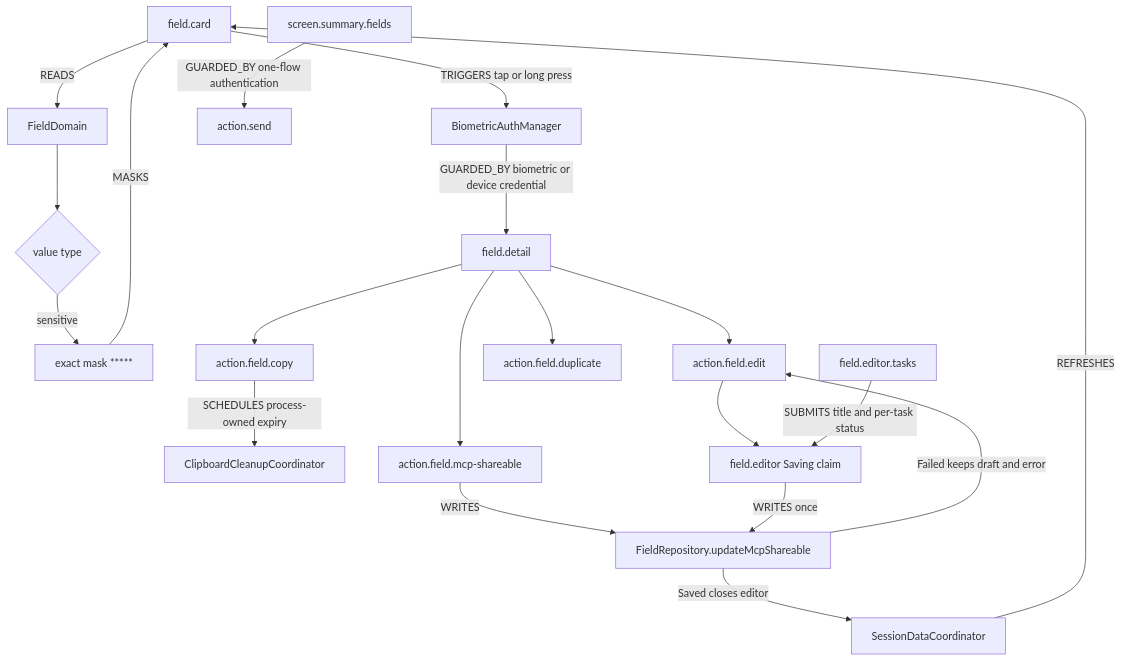
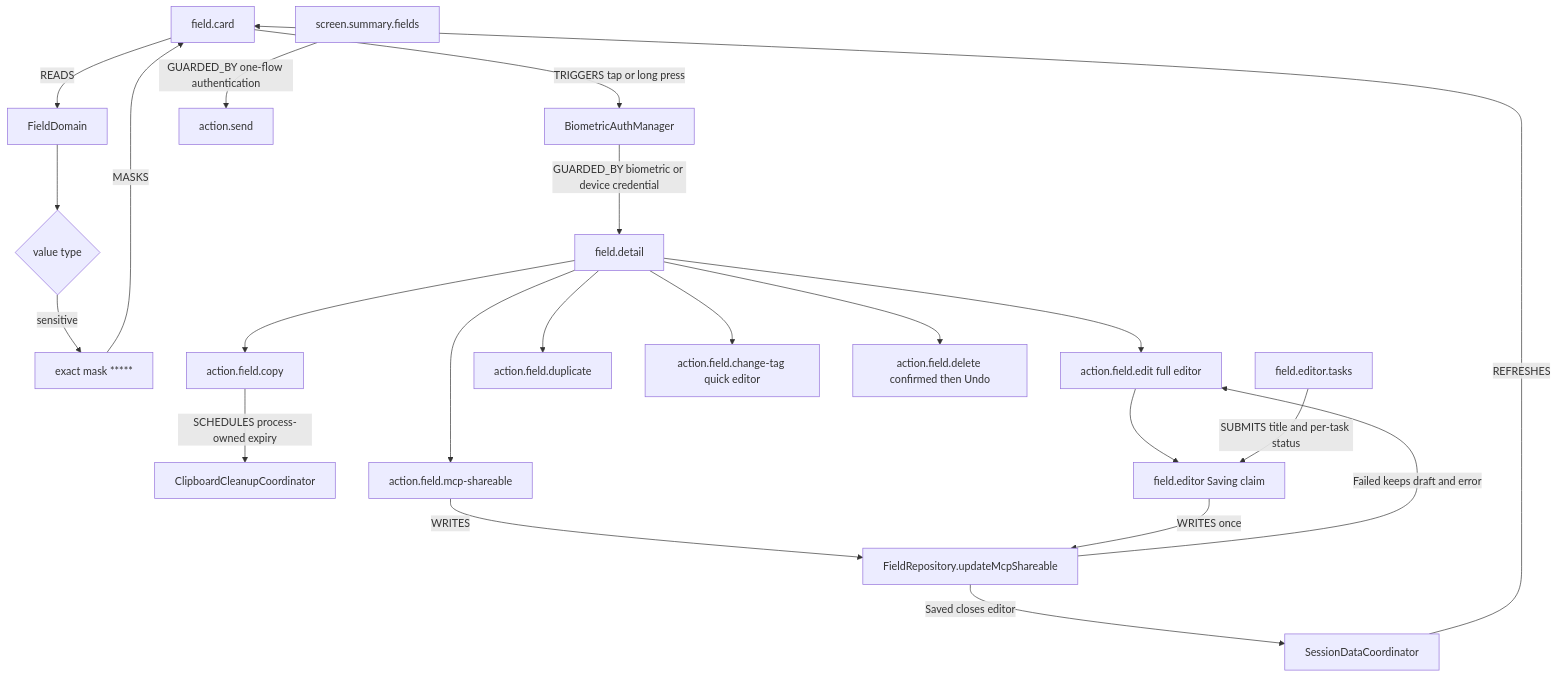
The third of 8 diagrams in docs/design/SHARY_ELEMENT_ACTION_MAP.md (Marlup/shary-app), drawn with Mermaid before and after one commit. The commit also changed other lines of this file and 3 other files, not shown here.

First line of the commit message:
feat: redesign Field detail dialog to match Contact detail

````diff
--- a/docs/design/SHARY_ELEMENT_ACTION_MAP.md
+++ b/docs/design/SHARY_ELEMENT_ACTION_MAP.md
@@ -63,22 +63,24 @@
 ```mermaid
 flowchart TD
     CARD[field.card] -->|READS| FIELD[FieldDomain]
     FIELD --> TYPE{value type}
     TYPE -->|sensitive| MASK[exact mask *****]
     MASK -->|MASKS| CARD
     CARD -->|TRIGGERS tap or long press| AUTHZ[BiometricAuthManager]
     AUTHZ -->|GUARDED_BY biometric or device credential| DETAIL[field.detail]
     DETAIL --> COPY[action.field.copy]
     COPY -->|SCHEDULES process-owned expiry| CLIPBOARD[ClipboardCleanupCoordinator]
-    DETAIL --> EDIT[action.field.edit]
+    DETAIL --> EDIT[action.field.edit full editor]
     DETAIL --> DUP[action.field.duplicate]
+    DETAIL --> TAGEDIT[action.field.change-tag quick editor]
+    DETAIL --> DELETE[action.field.delete confirmed then Undo]
     DETAIL --> MCP_TOGGLE[action.field.mcp-shareable]
     MCP_TOGGLE -->|WRITES| FIELD_REPO[FieldRepository.updateMcpShareable]
     EDIT --> CLAIM[field.editor Saving claim]
     TASK_EDITOR[field.editor.tasks] -->|SUBMITS title and per-task status| CLAIM
     CLAIM -->|WRITES once| FIELD_REPO
     FIELD_REPO -->|Saved closes editor| SESSION_DATA[SessionDataCoordinator]
     FIELD_REPO -->|Failed keeps draft and error| EDIT
     SESSION_DATA -->|REFRESHES| CARD
     REVIEW[screen.summary.fields] -->|GUARDED_BY one-flow authentication| SEND[action.send]
 ```
````
